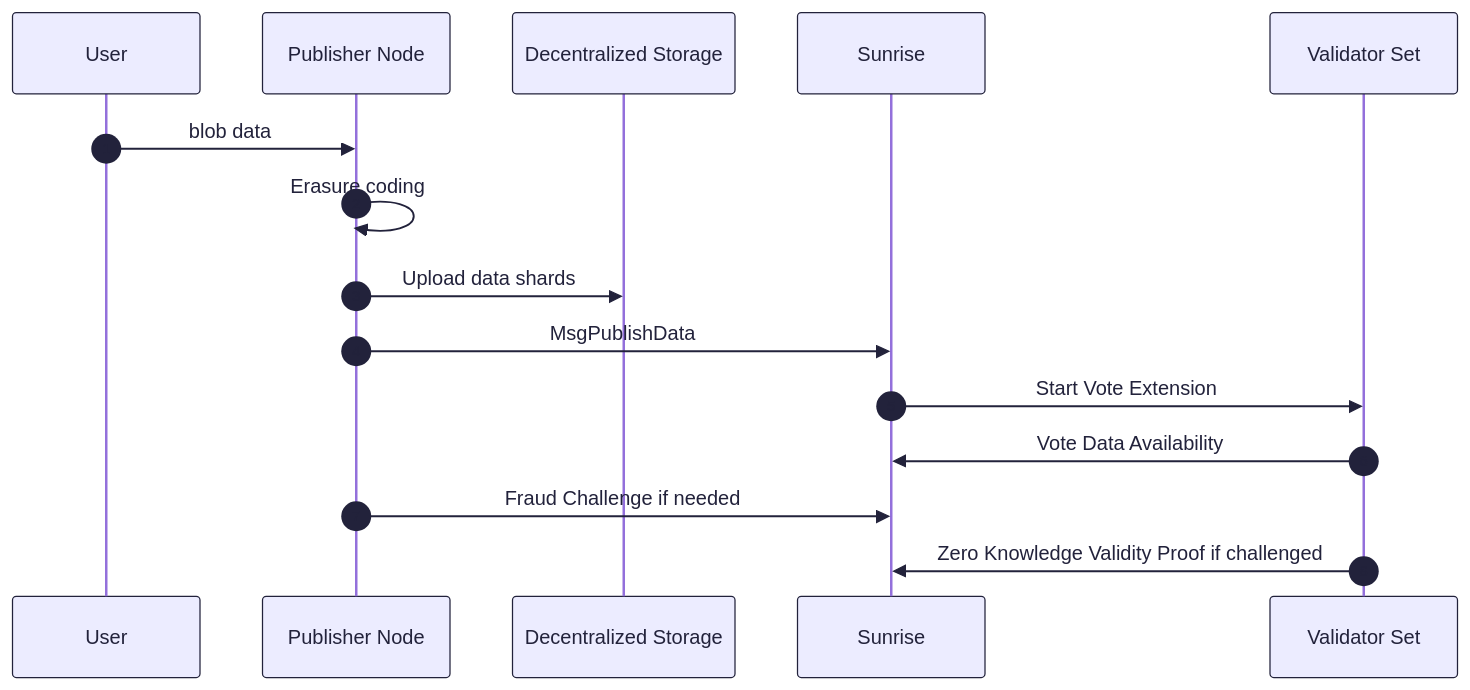
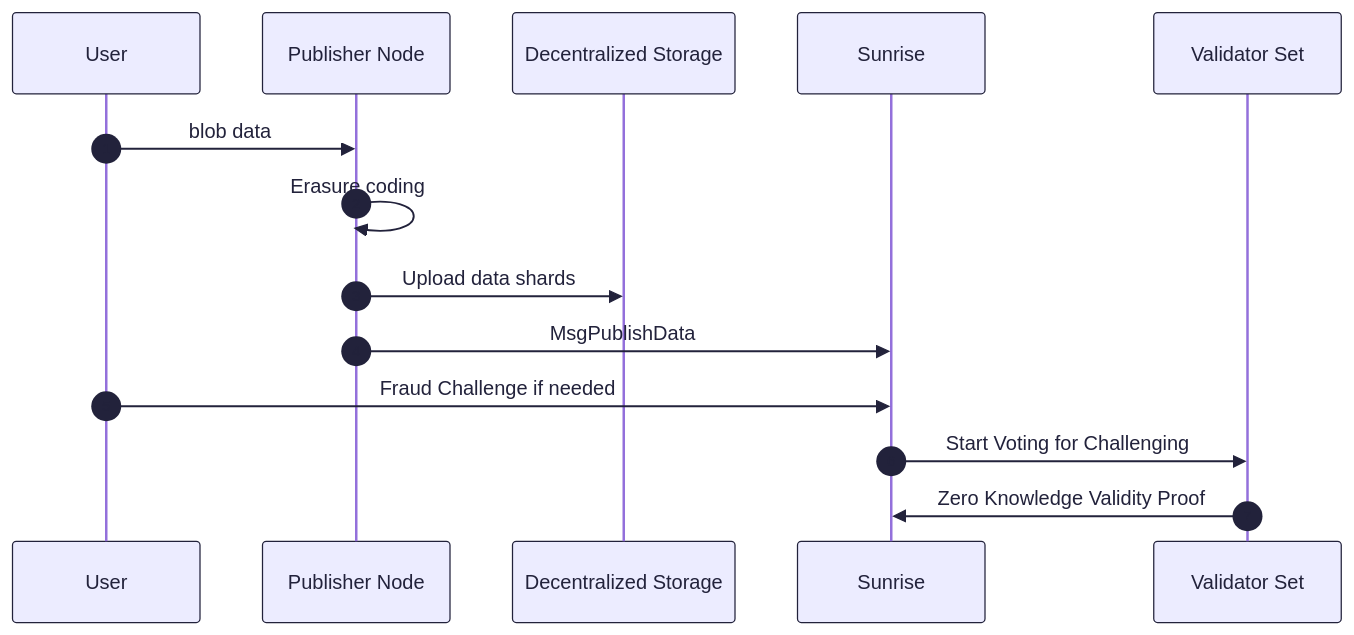
Before and after one commit to sunriselayer/gitbook: the second of 2 diagrams in learn/sunrise/data-availability.md, drawn with Mermaid. The commit also changed other lines of this file, not shown here.

````diff
--- a/learn/sunrise/data-availability.md
+++ b/learn/sunrise/data-availability.md
@@ -118,24 +118,23 @@
 ```mermaid
 %%{init: {"theme": "default", "themeVariables": {
   "background": "transparent",
   "primaryColor": "#22223b",
   "primaryTextColor": "#22223b",
   "lineColor": "#22223b",
   "textColor": "#22223b",
   "actorBorder": "#22223b",
   "actorTextColor": "#22223b",
   "sequenceNumberColor": "#22223b",
   "messageTextColor": "#22223b",
   "signalColor": "#22223b"
 }}}%%
 sequenceDiagram
     autonumber
     User->>Publisher Node: blob data
     Publisher Node->>Publisher Node: Erasure coding
     Publisher Node->>Decentralized Storage: Upload data shards
     Publisher Node->>Sunrise: MsgPublishData
-    Sunrise->>Validator Set: Start Vote Extension
-    Validator Set->>Sunrise: Vote Data Availability
-    Publisher Node->>Sunrise: Fraud Challenge if needed
-    Validator Set->>Sunrise: Zero Knowledge Validity Proof if challenged
+    User->>Sunrise: Fraud Challenge if needed
+    Sunrise->>Validator Set: Start Voting for Challenging
+    Validator Set->>Sunrise: Zero Knowledge Validity Proof
 ```
````
